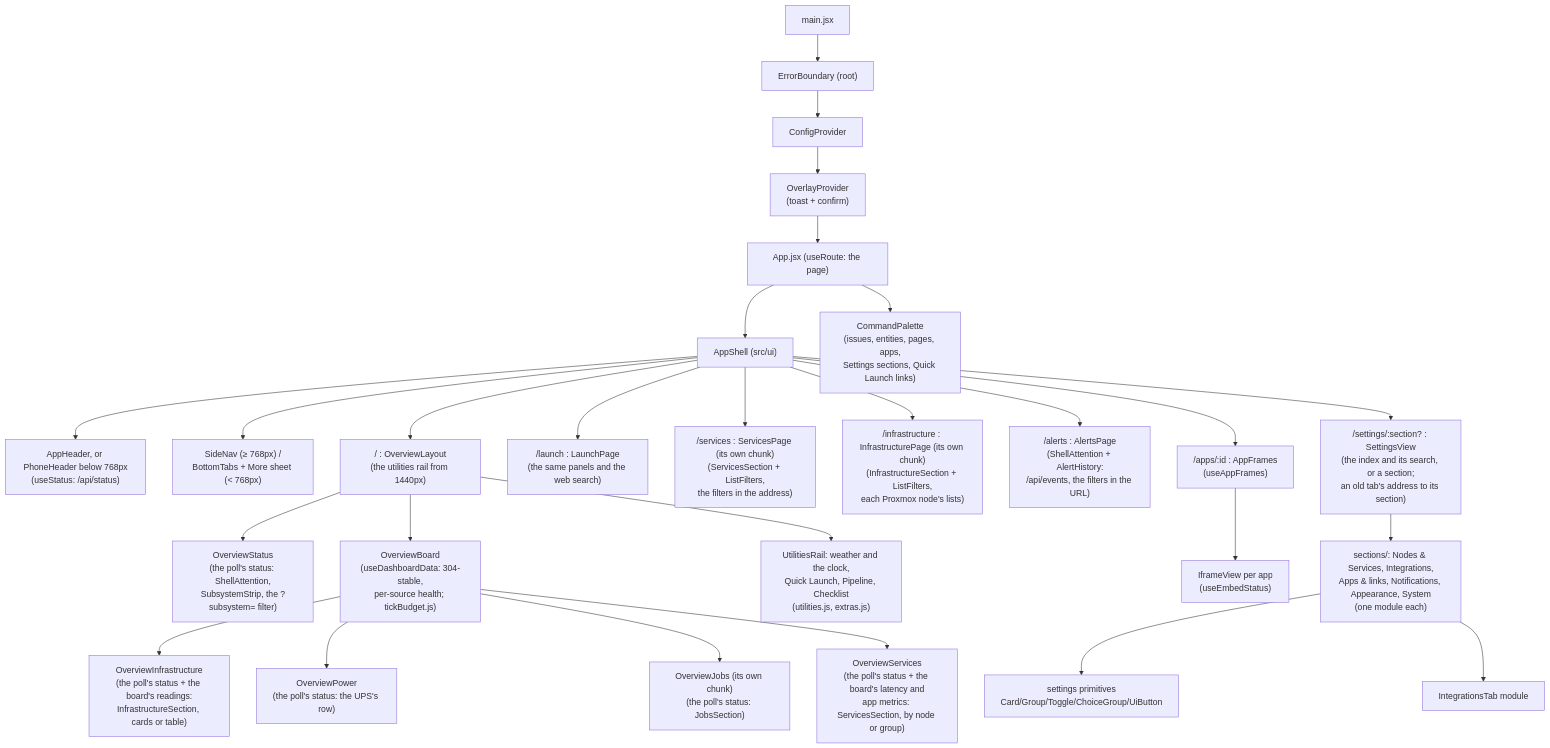
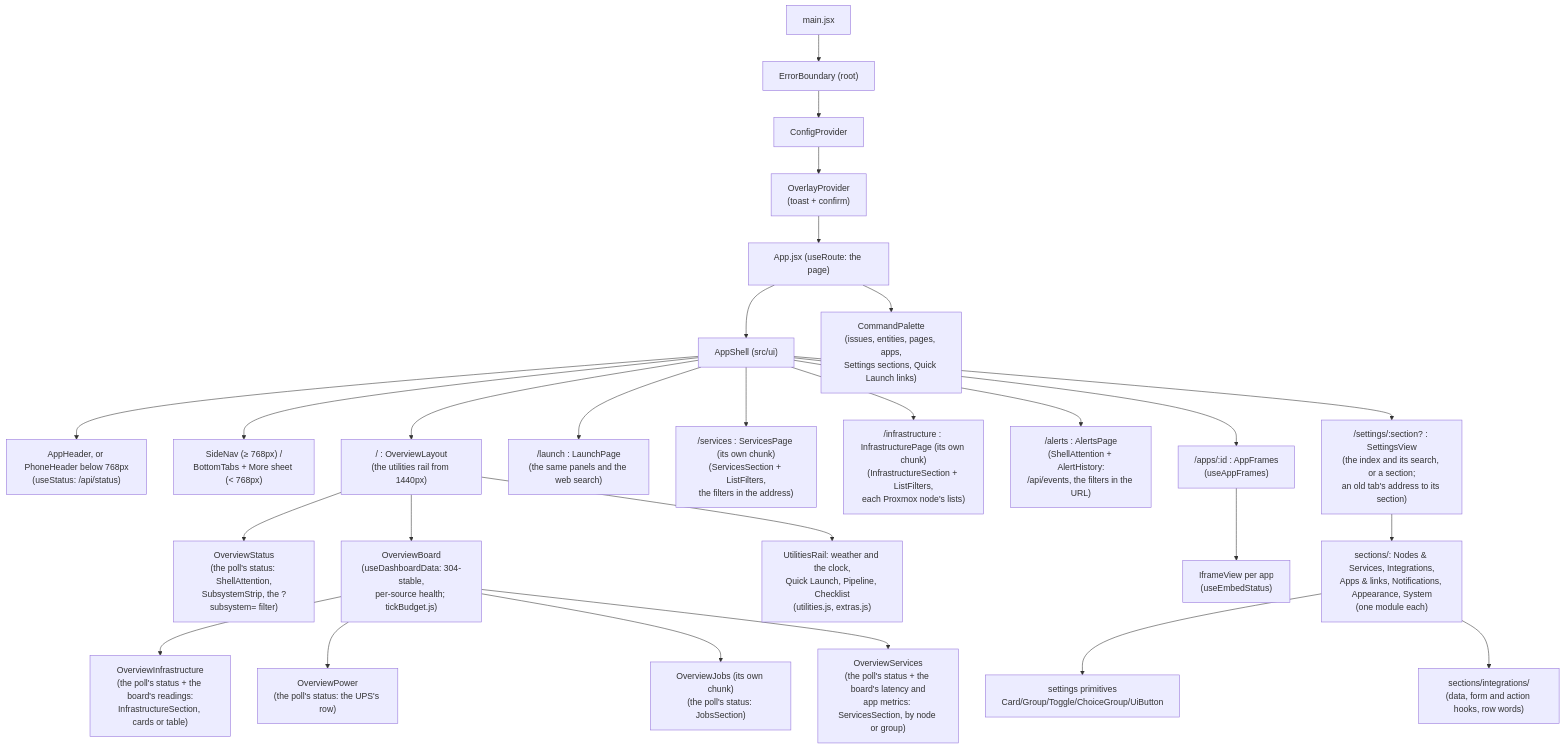
The fourth of 5 diagrams in docs/ARCHITECTURE.md (jagbhandal/jaghelm), drawn with Mermaid before and after one commit. The commit also changed other lines of this file and 56 other files, not shown here.

````diff
--- a/docs/ARCHITECTURE.md
+++ b/docs/ARCHITECTURE.md
@@ -2407,29 +2408,29 @@
 ```mermaid
 flowchart TD
   MAIN["main.jsx"] --> EB["ErrorBoundary (root)"]
   EB --> CP["ConfigProvider"]
   CP --> OP["OverlayProvider<br/>(toast + confirm)"]
   OP --> APP["App.jsx (useRoute: the page)"]
   APP --> SH["AppShell (src/ui)"]
   SH --> HD["AppHeader, or PhoneHeader below 768px<br/>(useStatus: /api/status)"]
   SH --> SN["SideNav (≥ 768px) /<br/>BottomTabs + More sheet (< 768px)"]
   APP --> CPAL["CommandPalette<br/>(issues, entities, pages, apps,<br/>Settings sections, Quick Launch links)"]
   SH --> OL["/ : OverviewLayout<br/>(the utilities rail from 1440px)"]
   OL --> OS["OverviewStatus<br/>(the poll's status: ShellAttention,<br/>SubsystemStrip, the ?subsystem= filter)"]
   OL --> DV["OverviewBoard<br/>(useDashboardData: 304-stable,<br/>per-source health; tickBudget.js)"]
   OL --> UR["UtilitiesRail: weather and the clock,<br/>Quick Launch, Pipeline, Checklist<br/>(utilities.js, extras.js)"]
   SH --> LP["/launch : LaunchPage<br/>(the same panels and the web search)"]
   DV --> OI["OverviewInfrastructure<br/>(the poll's status + the board's readings:<br/>InfrastructureSection, cards or table)"]
   DV --> OPW["OverviewPower<br/>(the poll's status: the UPS's row)"]
   DV --> OJ["OverviewJobs (its own chunk)<br/>(the poll's status: JobsSection)"]
   DV --> OSV["OverviewServices<br/>(the poll's status + the board's latency and<br/>app metrics: ServicesSection, by node or group)"]
   SH --> SPG["/services : ServicesPage (its own chunk)<br/>(ServicesSection + ListFilters,<br/>the filters in the address)"]
   SH --> IPG["/infrastructure : InfrastructurePage (its own chunk)<br/>(InfrastructureSection + ListFilters,<br/>each Proxmox node's lists)"]
   SH --> AP["/alerts : AlertsPage<br/>(ShellAttention + AlertHistory:<br/>/api/events, the filters in the URL)"]
   SH --> SV["/settings/:section? : SettingsView<br/>(the index and its search, or a section;<br/>an old tab's address to its section)"]
   SH --> AF["/apps/:id : AppFrames<br/>(useAppFrames)"]
   AF --> IV["IframeView per app<br/>(useEmbedStatus)"]
   SV --> SEC["sections/: Nodes & Services, Integrations,<br/>Apps & links, Notifications, Appearance, System<br/>(one module each)"]
   SEC --> PRIM["settings primitives<br/>Card/Group/Toggle/ChoiceGroup/UiButton"]
-  SEC --> ITAB["IntegrationsTab module"]
+  SEC --> ITAB["sections/integrations/<br/>(data, form and action hooks, row words)"]
 ```
````
